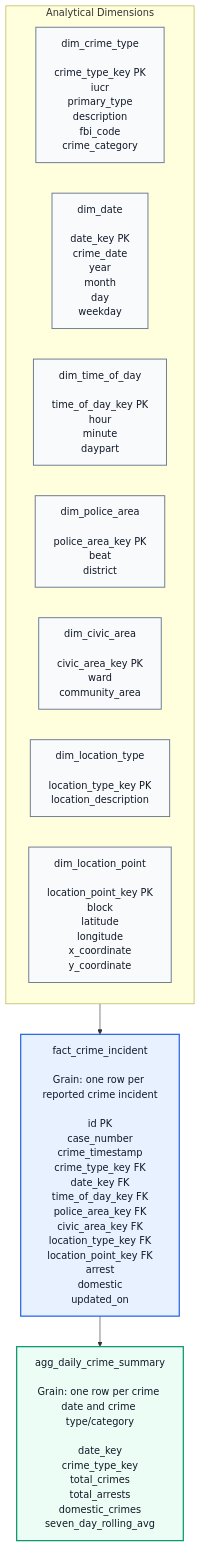
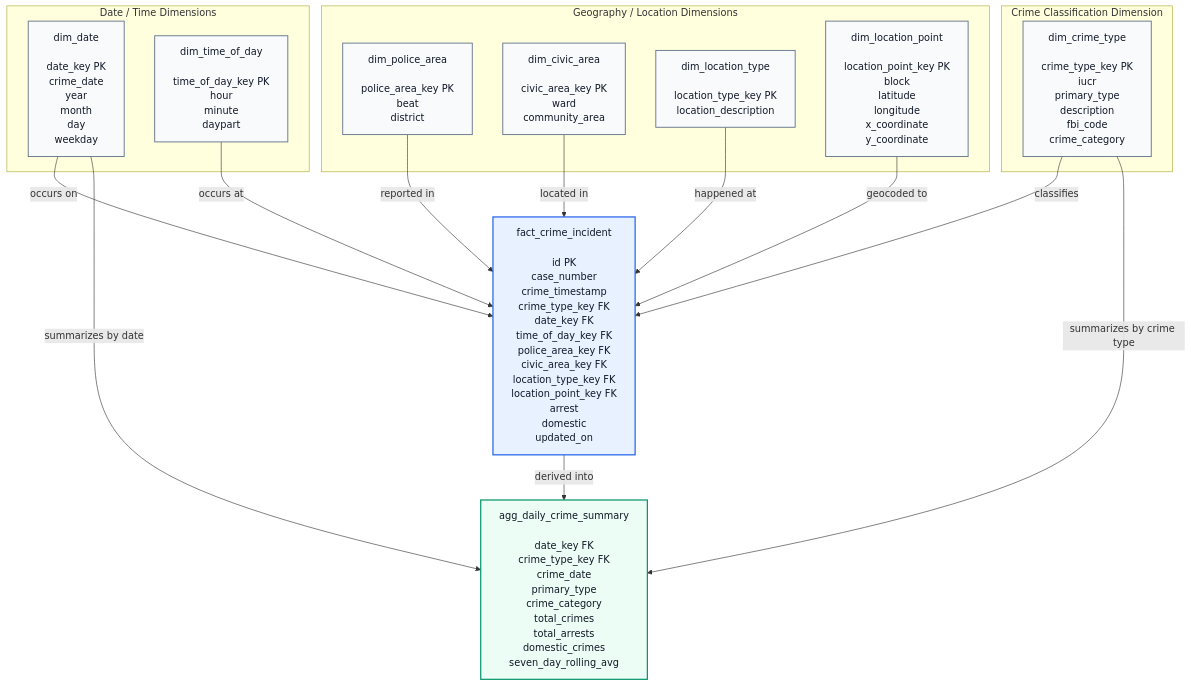
One commit to mlikhitha33-ship-it/chicago-crimes-data-pipeline changed the diagram in README.md. Above: the diagram before and after it, drawn with Mermaid.

Commit message:
Update README with crime and date dimensions

````diff
--- a/README.md
+++ b/README.md
@@ -184,37 +184,64 @@
 ```mermaid
 flowchart TB
 
-    subgraph dims["Analytical Dimensions"]
-        direction LR
+    %% =========================
+    %% Date / Time Dimensions
+    %% =========================
+    subgraph date_time["Date / Time Dimensions"]
+        dim_date["dim_date<br/><br/>date_key PK<br/>crime_date<br/>year<br/>month<br/>day<br/>weekday"]
+        dim_time_of_day["dim_time_of_day<br/><br/>time_of_day_key PK<br/>hour<br/>minute<br/>daypart"]
+    end
 
+    %% =========================
+    %% Crime Dimension
+    %% =========================
+    subgraph crime_dims["Crime Classification Dimension"]
         dim_crime_type["dim_crime_type<br/><br/>crime_type_key PK<br/>iucr<br/>primary_type<br/>description<br/>fbi_code<br/>crime_category"]
+    end
 
-        dim_date["dim_date<br/><br/>date_key PK<br/>crime_date<br/>year<br/>month<br/>day<br/>weekday"]
-
-        dim_time_of_day["dim_time_of_day<br/><br/>time_of_day_key PK<br/>hour<br/>minute<br/>daypart"]
-
+    %% =========================
+    %% Geography / Location Dimensions
+    %% =========================
+    subgraph geo_dims["Geography / Location Dimensions"]
         dim_police_area["dim_police_area<br/><br/>police_area_key PK<br/>beat<br/>district"]
 
         dim_civic_area["dim_civic_area<br/><br/>civic_area_key PK<br/>ward<br/>community_area"]
 
         dim_location_type["dim_location_type<br/><br/>location_type_key PK<br/>location_description"]
 
         dim_location_point["dim_location_point<br/><br/>location_point_key PK<br/>block<br/>latitude<br/>longitude<br/>x_coordinate<br/>y_coordinate"]
     end
 
-    fact_crime_incident["fact_crime_incident<br/><br/>Grain: one row per reported crime incident<br/><br/>id PK<br/>case_number<br/>crime_timestamp<br/>crime_type_key FK<br/>date_key FK<br/>time_of_day_key FK<br/>police_area_key FK<br/>civic_area_key FK<br/>location_type_key FK<br/>location_point_key FK<br/>arrest<br/>domestic<br/>updated_on"]
+    %% =========================
+    %% Core Fact
+    %% =========================
+    fact_crime_incident["fact_crime_incident<br/><br/>id PK<br/>case_number<br/>crime_timestamp<br/>crime_type_key FK<br/>date_key FK<br/>time_of_day_key FK<br/>police_area_key FK<br/>civic_area_key FK<br/>location_type_key FK<br/>location_point_key FK<br/>arrest<br/>domestic<br/>updated_on"]
 
-    agg_daily_crime_summary["agg_daily_crime_summary<br/><br/>Grain: one row per crime date and crime type/category<br/><br/>date_key<br/>crime_type_key<br/>total_crimes<br/>total_arrests<br/>domestic_crimes<br/>seven_day_rolling_avg"]
+    %% =========================
+    %% Reporting Aggregate
+    %% =========================
+    agg_daily_crime_summary["agg_daily_crime_summary<br/><br/>date_key FK<br/>crime_type_key FK<br/>crime_date<br/>primary_type<br/>crime_category<br/>total_crimes<br/>total_arrests<br/>domestic_crimes<br/>seven_day_rolling_avg"]
 
-    dims --> fact_crime_incident
-    fact_crime_incident --> agg_daily_crime_summary
+    %% Relationships
+    dim_date -->|occurs on| fact_crime_incident
+    dim_time_of_day -->|occurs at| fact_crime_incident
+    dim_crime_type -->|classifies| fact_crime_incident
+    dim_police_area -->|reported in| fact_crime_incident
+    dim_civic_area -->|located in| fact_crime_incident
+    dim_location_type -->|happened at| fact_crime_incident
+    dim_location_point -->|geocoded to| fact_crime_incident
 
+    fact_crime_incident -->|derived into| agg_daily_crime_summary
+    dim_date -->|summarizes by date| agg_daily_crime_summary
+    dim_crime_type -->|summarizes by crime type| agg_daily_crime_summary
+
+    %% Styling
     classDef fact fill:#e8f1ff,stroke:#2563eb,stroke-width:2px,color:#111827;
     classDef dimension fill:#f8fafc,stroke:#64748b,stroke-width:1.5px,color:#111827;
     classDef aggregate fill:#ecfdf5,stroke:#059669,stroke-width:2px,color:#111827;
     classDef group fill:#ffffff,stroke:#d1d5db,stroke-width:1px,color:#111827;
 
     class fact_crime_incident fact;
-    class dim_crime_type,dim_date,dim_time_of_day,dim_police_area,dim_civic_area,dim_location_type,dim_location_point dimension;
+    class dim_date,dim_time_of_day,dim_crime_type,dim_police_area,dim_civic_area,dim_location_type,dim_location_point dimension;
     class agg_daily_crime_summary aggregate;
 ```
````
